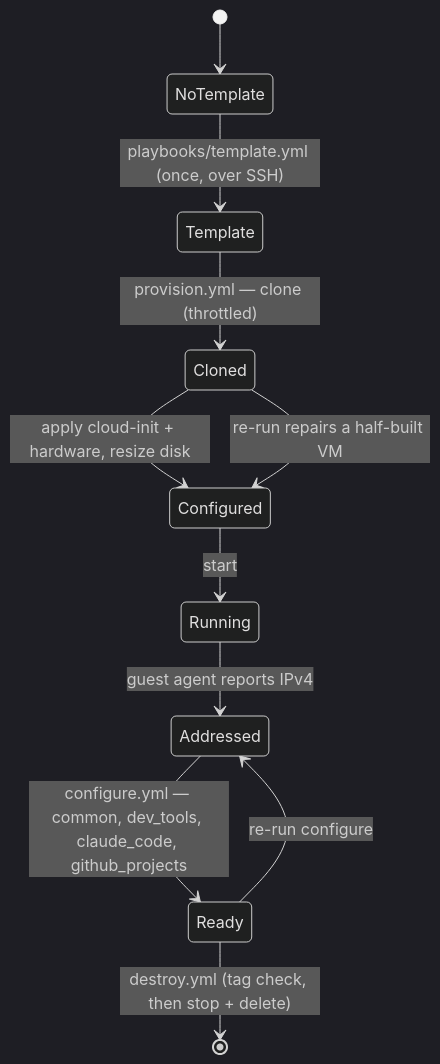
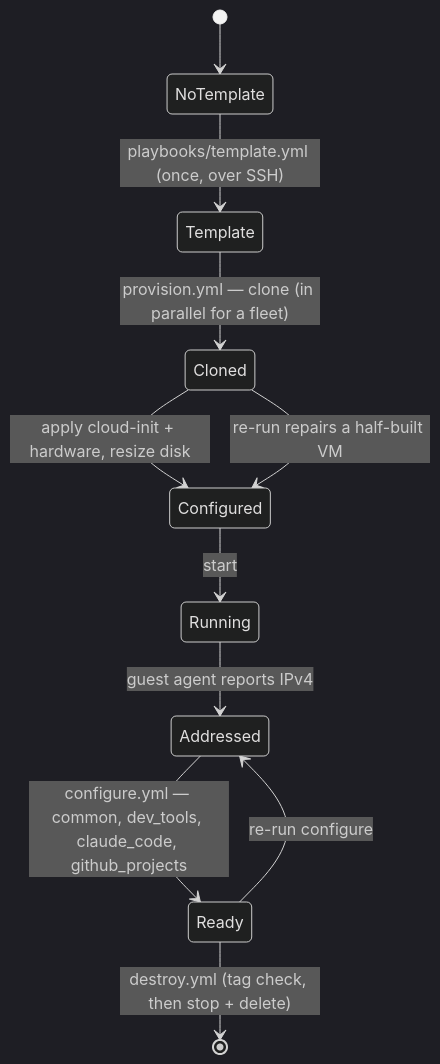
One commit to kawadeomkar/claude-on-proxmox changed the second of 3 diagrams in ARCHITECTURE.md. Above: the diagram before and after it, drawn with Mermaid (dark theme). The commit also changed other lines of this file and 4 other files, not shown here.

First line of the commit message:
docs: the manual, the architecture, the agent rules and the conventions

````diff
--- a/ARCHITECTURE.md
+++ b/ARCHITECTURE.md
@@ -130,13 +133,13 @@
 ```mermaid
 stateDiagram-v2
     [*] --> NoTemplate
     NoTemplate --> Template: playbooks/template.yml (once, over SSH)
-    Template --> Cloned: provision.yml — clone (throttled)
+    Template --> Cloned: provision.yml — clone (in parallel for a fleet)
     Cloned --> Configured: apply cloud-init + hardware, resize disk
     Configured --> Running: start
     Running --> Addressed: guest agent reports IPv4
     Addressed --> Ready: configure.yml — common, dev_tools, claude_code, github_projects
     Ready --> Addressed: re-run configure
     Ready --> [*]: destroy.yml (tag check, then stop + delete)
     Cloned --> Configured: re-run repairs a half-built VM
 ```
````
